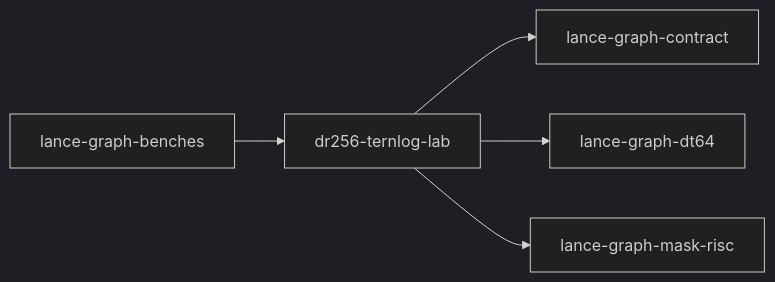
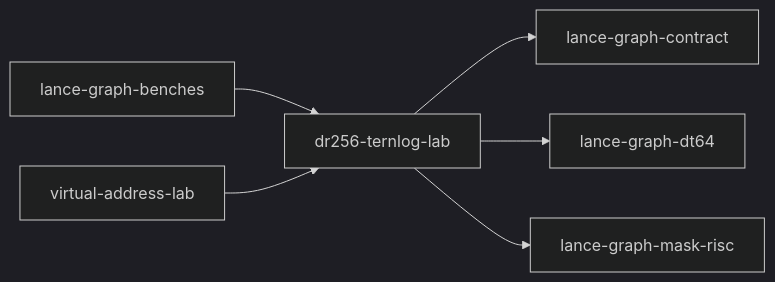
One commit to AdaWorldAPI/lance-graph changed the diagram in .codegraph/crates/dr256-ternlog-lab.index.md. Above: the diagram before and after it, drawn with Mermaid (dark theme). The commit also changed other lines of this file and 24 other files, not shown here.

First line of the commit message:
chore(codegraph): regenerate for crates/virtual-address-lab

````diff
--- a/.codegraph/crates/dr256-ternlog-lab.index.md
+++ b/.codegraph/crates/dr256-ternlog-lab.index.md
@@ -222,12 +223,14 @@
 ```mermaid
 flowchart LR
   n15["dr256-ternlog-lab"]
   n38["lance-graph-benches"]
   n45["lance-graph-contract"]
   n48["lance-graph-dt64"]
   n53["lance-graph-mask-risc"]
+  n97["virtual-address-lab"]
   n15 --> n45
   n15 --> n48
   n15 --> n53
   n38 --> n15
+  n97 --> n15
 ```
````
